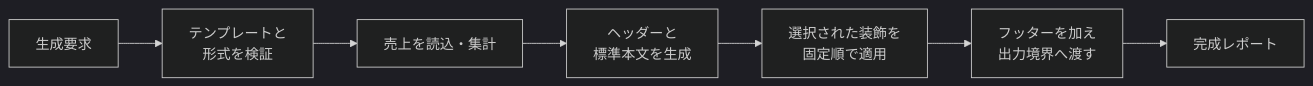
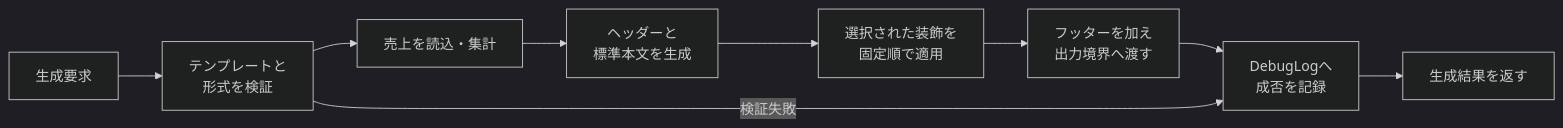
Before and after one commit to kumachan1101-pixel/DesignPattern: the second of 15 diagrams in kindle/design-patterns/output/chapter11.md, drawn with Mermaid (dark theme). The commit also changed other lines of this file and 7 other files, not shown here.

````diff
--- a/kindle/design-patterns/output/chapter11.md
+++ b/kindle/design-patterns/output/chapter11.md
@@ -94,9 +100,11 @@
 ```mermaid
 flowchart LR
     I["生成要求"] --> V["テンプレートと<br/>形式を検証"]
     V --> D["売上を読込・集計"]
     D --> B["ヘッダーと<br/>標準本文を生成"]
     B --> E["選択された装飾を<br/>固定順で適用"]
     E --> O["フッターを加え<br/>出力境界へ渡す"]
-    O --> F["完成レポート"]
+    O --> L["DebugLogへ<br/>成否を記録"]
+    V -->|"検証失敗"| L
+    L --> F["生成結果を返す"]
 ```
````
